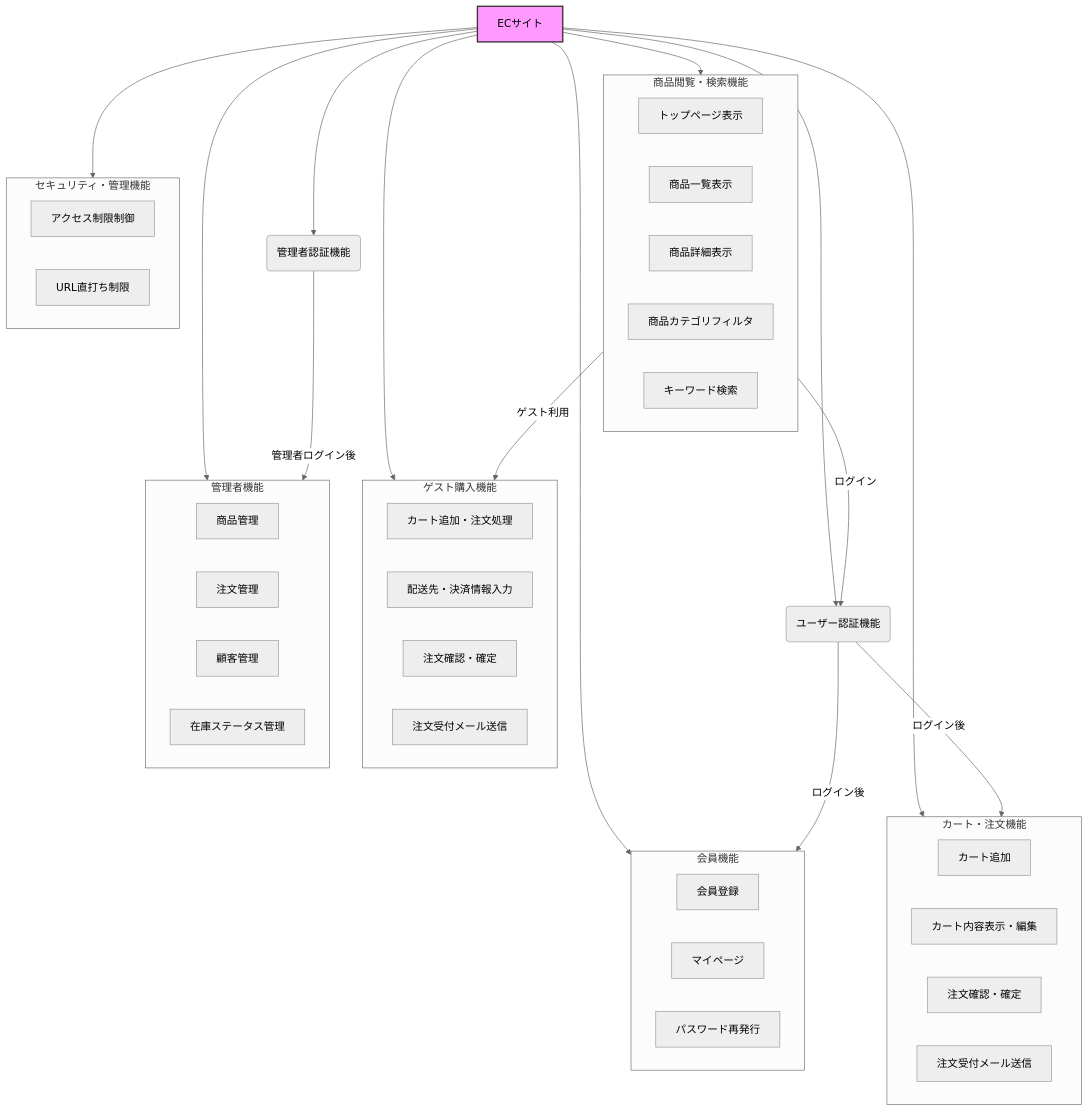
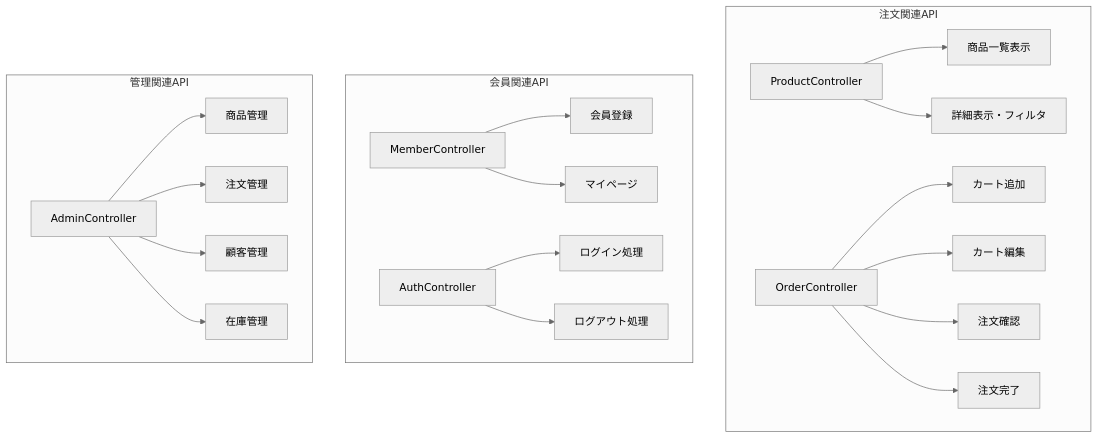
One commit to Hinako-Kimura127/neko changed the first of 7 diagrams in 基本設計/基本設計.md. Above: the diagram before and after it, drawn with Mermaid (neutral theme). The commit also changed other lines of this file, not shown here.

````diff
--- a/基本設計/基本設計.md
+++ b/基本設計/基本設計.md
@@ -139,59 +102,56 @@
-<div class="mermaid">
+```mermaid 
 graph TD
-    A[ECサイト] --> B(商品閲覧・検索機能)
-    A --> C(会員機能)
-    A --> D(カート・注文機能)
-    A --> E(ゲスト購入機能)
-    A --> F(管理者機能)
-    A --> G(ユーザー認証機能)
-    A --> H(管理者認証機能)
-    A --> I(セキュリティ・管理機能)
+  Item[ProductController]
+  Order[OrderController]
+  Member[MemberController]
+  Auth[AuthController]
+  Admin[AdminController]
 
-    subgraph B[商品閲覧・検索機能]
-        B1[トップページ表示]
-        B2[商品一覧表示]
-        B3[商品詳細表示]
-        B4[商品カテゴリフィルタ]
-        B5[キーワード検索]
-    end
+  Item --> I1[商品一覧表示]
+  Item --> I2[詳細表示・フィルタ]
 
-    subgraph C[会員機能]
-        C1[会員登録]
-        C2[マイページ]
-        C3[パスワード再発行]
-    end
+  Order --> O1[カート追加]
+  Order --> O2[カート編集]
+  Order --> O3[注文確認]
+  Order --> O4[注文完了]
 
-    subgraph D[カート・注文機能]
-        D1[カート追加]
-        D2[カート内容表示・編集]
-        D3[注文確認・確定]
-        D4[注文受付メール送信]
-    end
+  Member --> M1[会員登録]
+  Member --> M2[マイページ]
 
-    subgraph E[ゲスト購入機能]
-        E1[カート追加・注文処理]
-        E2[配送先・決済情報入力]
-        E3[注文確認・確定]
-        E4[注文受付メール送信]
-    end
+  Auth --> A1[ログイン処理]
+  Auth --> A2[ログアウト処理]
 
-    subgraph F[管理者機能]
-        F1[商品管理]
-        F2[注文管理]
-        F3[顧客管理]
-        F4[在庫ステータス管理]
-    end
+  Admin --> AD1[商品管理]
+  Admin --> AD2[注文管理]
+  Admin --> AD3[顧客管理]
+  Admin --> AD4[在庫管理]
 
-    subgraph I[セキュリティ・管理機能]
-        G1[アクセス制限制御]
-        G2[URL直打ち制限]
-    end
+  subgraph 注文関連API
+    Item
+    I1
+    I2
+    Order
+    O1
+    O2
+    O3
+    O4
+  end
 
-    B -- ゲスト利用 --> E
-    B -- ログイン --> G
-    G -- ログイン後 --> C
-    G -- ログイン後 --> D
-    H -- 管理者ログイン後 --> F
+  subgraph 会員関連API
+    Member
+    M1
+    M2
+    Auth
+    A1
+    A2
+  end
 
-    style A fill:#f9f,stroke:#333,stroke-width:2px
-</div>
+  subgraph 管理関連API
+    Admin
+    AD1
+    AD2
+    AD3
+    AD4
+  end
+
+```
````
